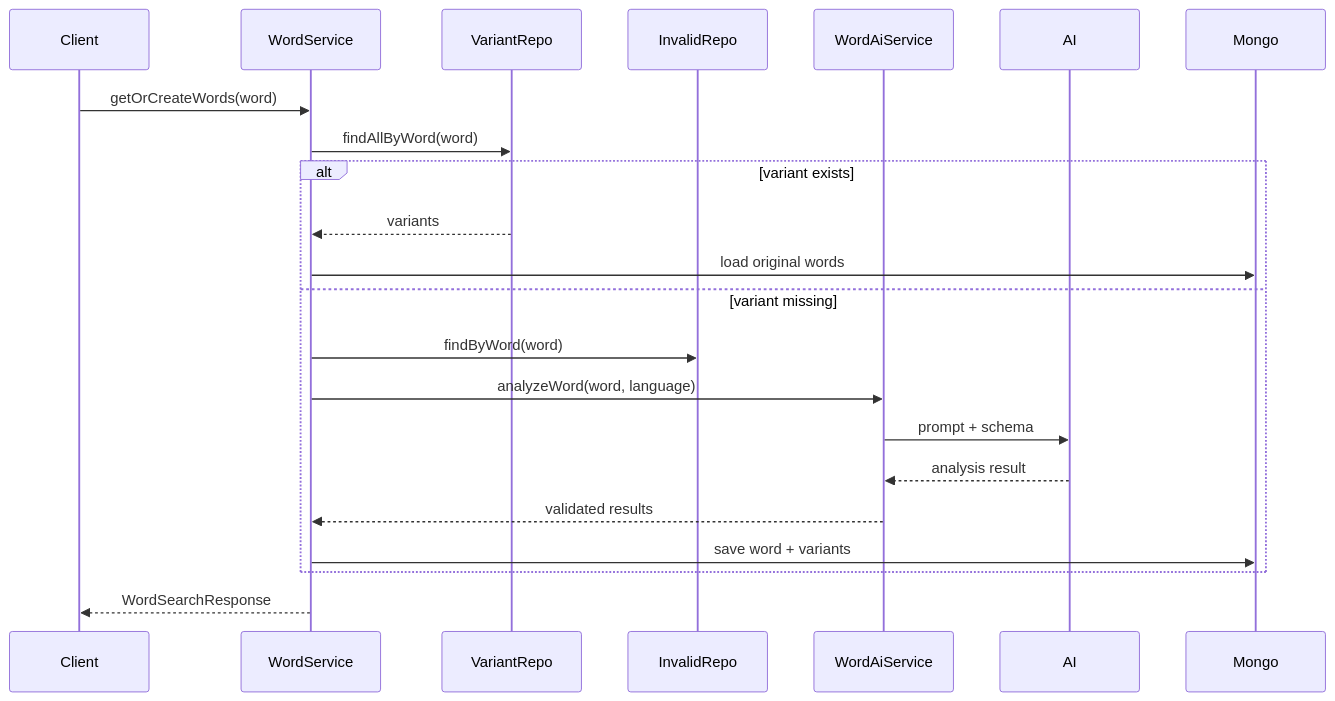
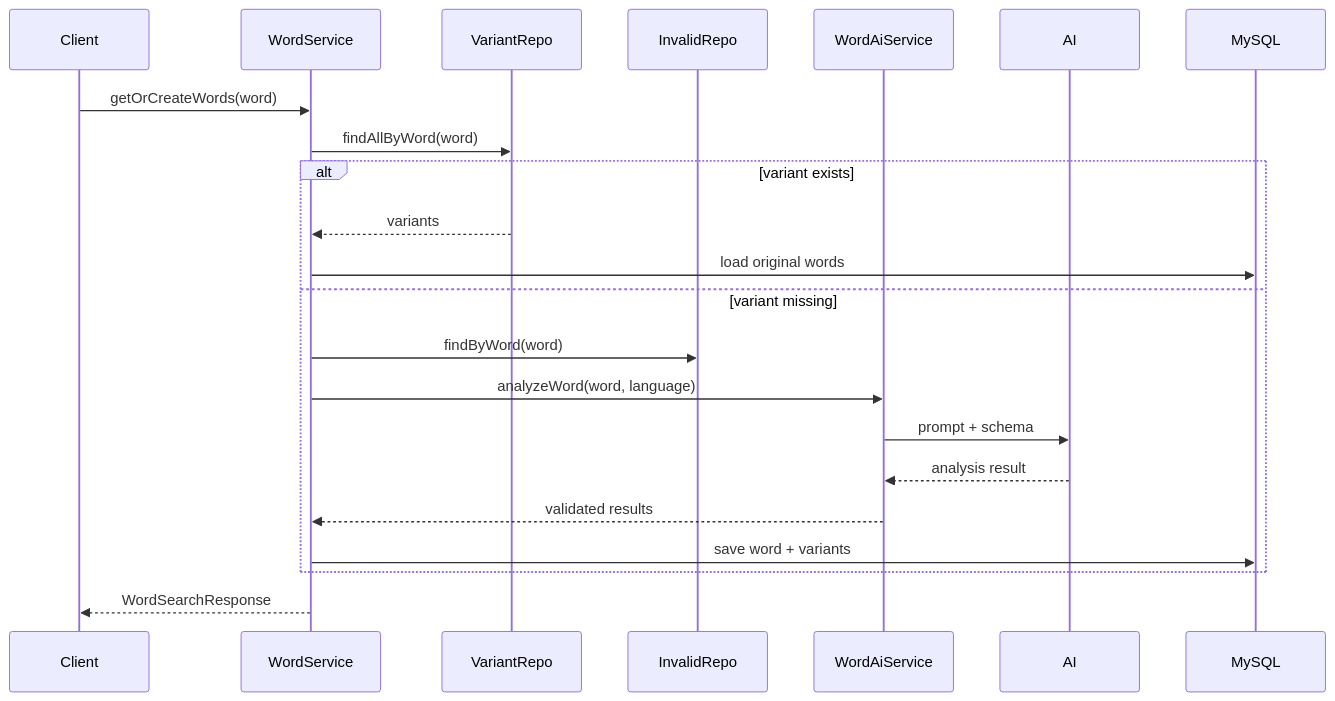
One commit to SWM16-ASAP/back-server changed the second of 2 diagrams in docs/architecture/word.md. Above: the diagram before and after it, drawn with Mermaid. The commit also changed other lines of this file and 202 other files, not shown here.

````diff
--- a/docs/architecture/word.md
+++ b/docs/architecture/word.md
@@ -64,25 +65,25 @@
 ```mermaid
 sequenceDiagram
     participant Client
     participant WordService
     participant VariantRepo
     participant InvalidRepo
     participant WordAiService
     participant AI
-    participant Mongo
+    participant MySQL
 
     Client->>WordService: getOrCreateWords(word)
     WordService->>VariantRepo: findAllByWord(word)
     alt variant exists
         VariantRepo-->>WordService: variants
-        WordService->>Mongo: load original words
+        WordService->>MySQL: load original words
     else variant missing
         WordService->>InvalidRepo: findByWord(word)
         WordService->>WordAiService: analyzeWord(word, language)
         WordAiService->>AI: prompt + schema
         AI-->>WordAiService: analysis result
         WordAiService-->>WordService: validated results
-        WordService->>Mongo: save word + variants
+        WordService->>MySQL: save word + variants
     end
     WordService-->>Client: WordSearchResponse
 ```
````
